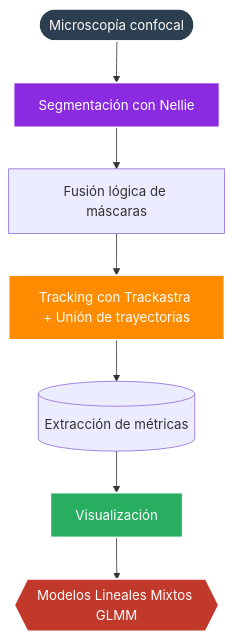
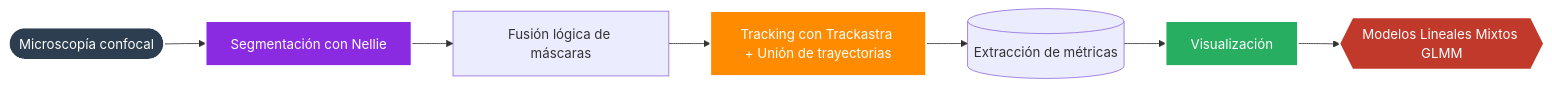
The diagram in README.md (lorenzocastror/Anexo-TFG), drawn with Mermaid before and after one commit.

````diff
--- a/README.md
+++ b/README.md
@@ -12,17 +12,17 @@
 ```mermaid
-graph TD
+graph LR
     %% Nodos de la secuencia
     A([Microscopía confocal]) --> B[Segmentación con Nellie]
     B --> C[Fusión lógica de máscaras]
     C --> D[Tracking con Trackastra + Unión de trayectorias]
     D --> E[(Extracción de métricas)]
     E --> F[Visualización]
     F --> G{{Modelos Lineales Mixtos GLMM}}
 
     %% Estilos de color para jerarquizar visualmente el flujo
     style A fill:#2c3e50,stroke:#fff,stroke-width:2px,color:#fff
     style B fill:#8a2be2,stroke:#fff,stroke-width:2px,color:#fff
     style D fill:#ff8c00,stroke:#fff,stroke-width:2px,color:#fff
     style F fill:#27ae60,stroke:#fff,stroke-width:2px,color:#fff
     style G fill:#c0392b,stroke:#fff,stroke-width:2px,color:#fff
 ```
````
